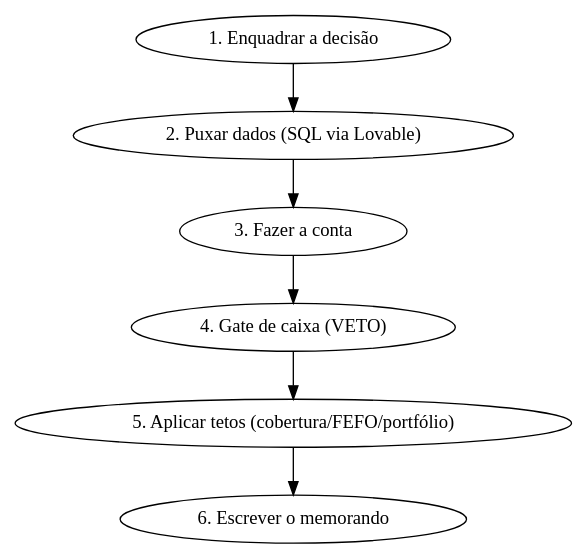
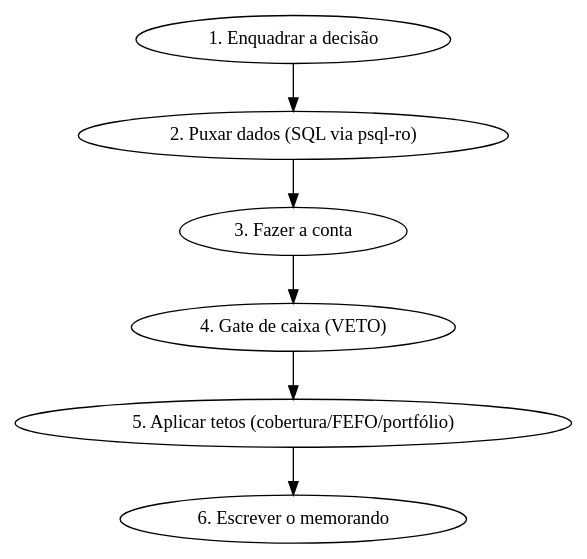
Before and after one commit to LucasSardenbergL/afiacao: the diagram in .claude/skills/reposicao-caixa/SKILL.md, drawn with Graphviz. The commit also changed other lines of this file and 3 other files, not shown here.

First line of the commit message:
docs(skills): reposicao-caixa e farmer-industrial leem o banco via psql-ro em vez de pedir ao founder

````diff
--- a/.claude/skills/reposicao-caixa/SKILL.md
+++ b/.claude/skills/reposicao-caixa/SKILL.md
@@ -61,9 +62,9 @@
 ```dot
 digraph {
-  "1. Enquadrar a decisão" -> "2. Puxar dados (SQL via Lovable)";
-  "2. Puxar dados (SQL via Lovable)" -> "3. Fazer a conta";
+  "1. Enquadrar a decisão" -> "2. Puxar dados (SQL via psql-ro)";
+  "2. Puxar dados (SQL via psql-ro)" -> "3. Fazer a conta";
   "3. Fazer a conta" -> "4. Gate de caixa (VETO)";
   "4. Gate de caixa (VETO)" -> "5. Aplicar tetos (cobertura/FEFO/portfólio)";
   "5. Aplicar tetos (cobertura/FEFO/portfólio)" -> "6. Escrever o memorando";
 }
 ```
````
